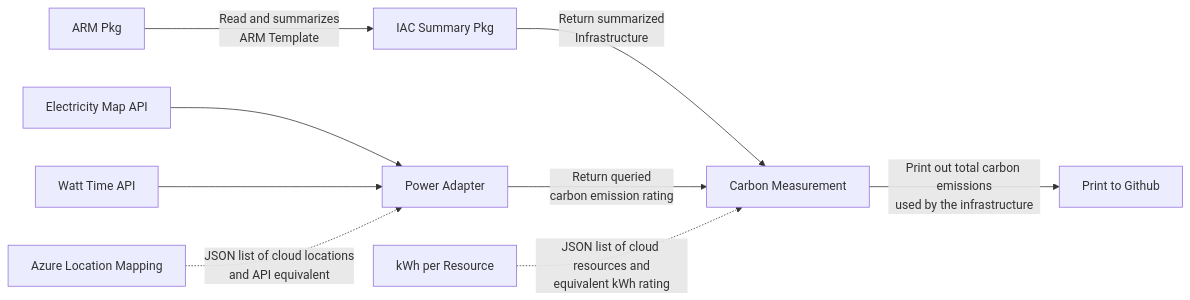
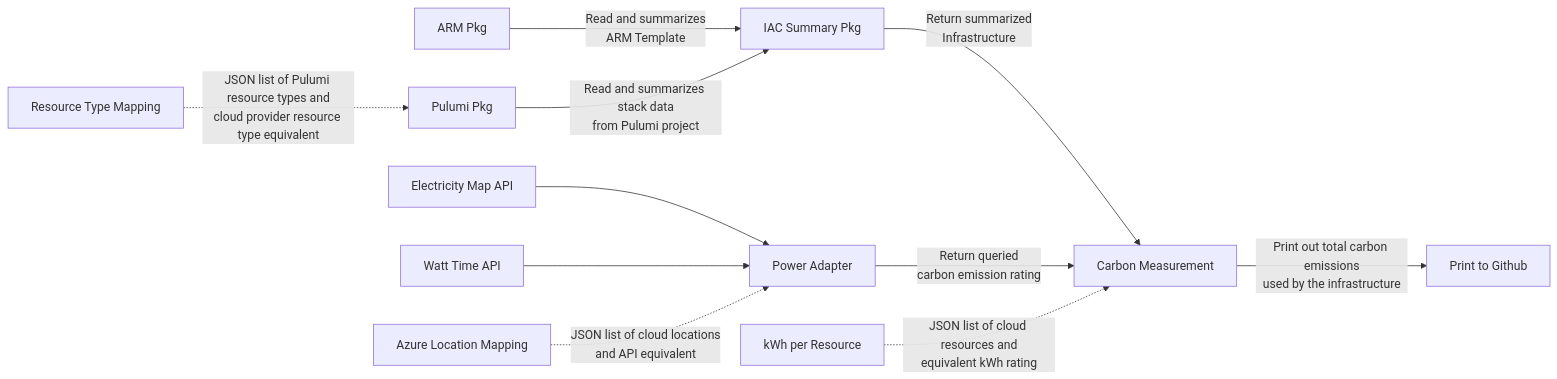
The diagram in docs/start-here.md (Green-Software-Foundation/carbon-ci), drawn with Mermaid before and after one commit. The commit also changed other lines of this file, not shown here.

Commit message:
docs: add how to use Gitub action for Pulumi IaC

````diff
--- a/docs/start-here.md
+++ b/docs/start-here.md
@@ -21,20 +21,24 @@
 ```mermaid
 flowchart LR
 C[Carbon Measurement]
 G[Print to Github]
 ARM[ARM Pkg]
+PLM[Pulumi Pkg]
 IAC[IAC Summary Pkg]
 EM[Electricity Map API]
 PA[Power Adapter]
 WT[Watt Time API]
 LOC[Azure Location Mapping]
+RSCT[Resource Type Mapping]
 KWH[kWh per Resource]
 
 C --Print out total carbon emissions\nused by the infrastructure--> G
 ARM --Read and summarizes\nARM Template--> IAC
+PLM --Read and summarizes stack data\nfrom Pulumi project--> IAC
+RSCT -.JSON list of Pulumi resource types and\ncloud provider resource type equivalent.-> PLM
 IAC --Return summarized\nInfrastructure--> C
 EM & WT --> PA
 LOC -.JSON list of cloud locations\nand API equivalent.-> PA
 PA --Return queried\ncarbon emission rating--> C
 KWH -.JSON list of cloud resources and\nequivalent kWh rating.-> C
 ```
````
